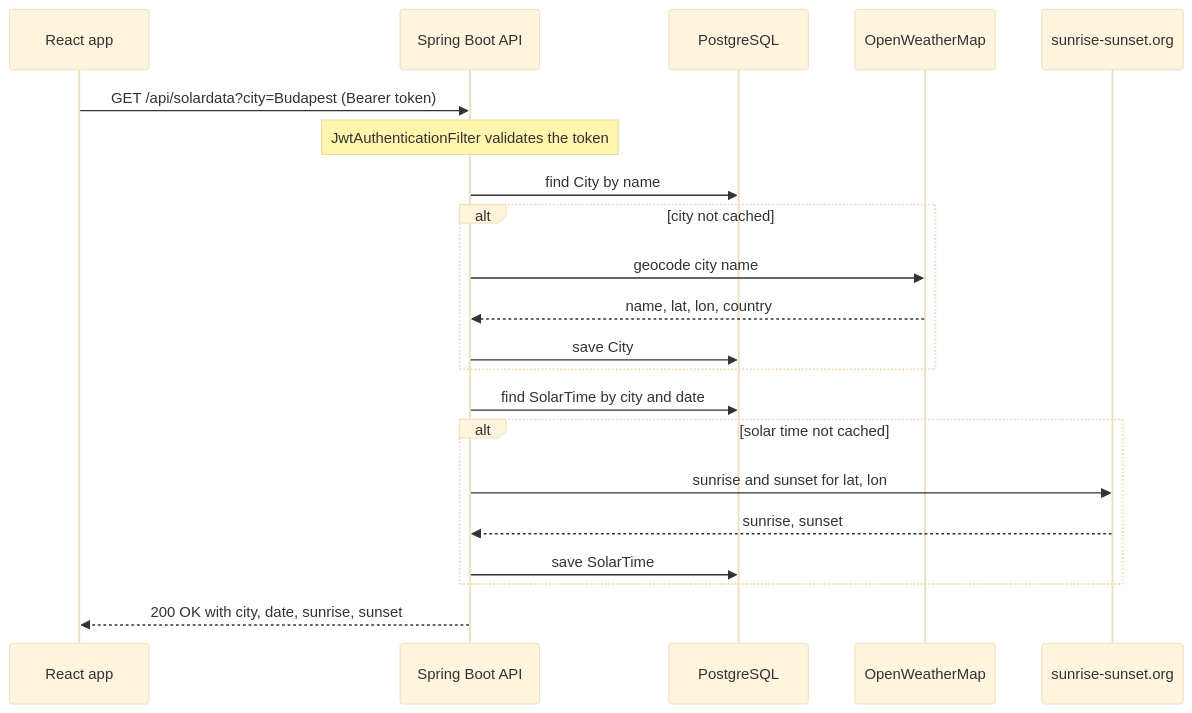
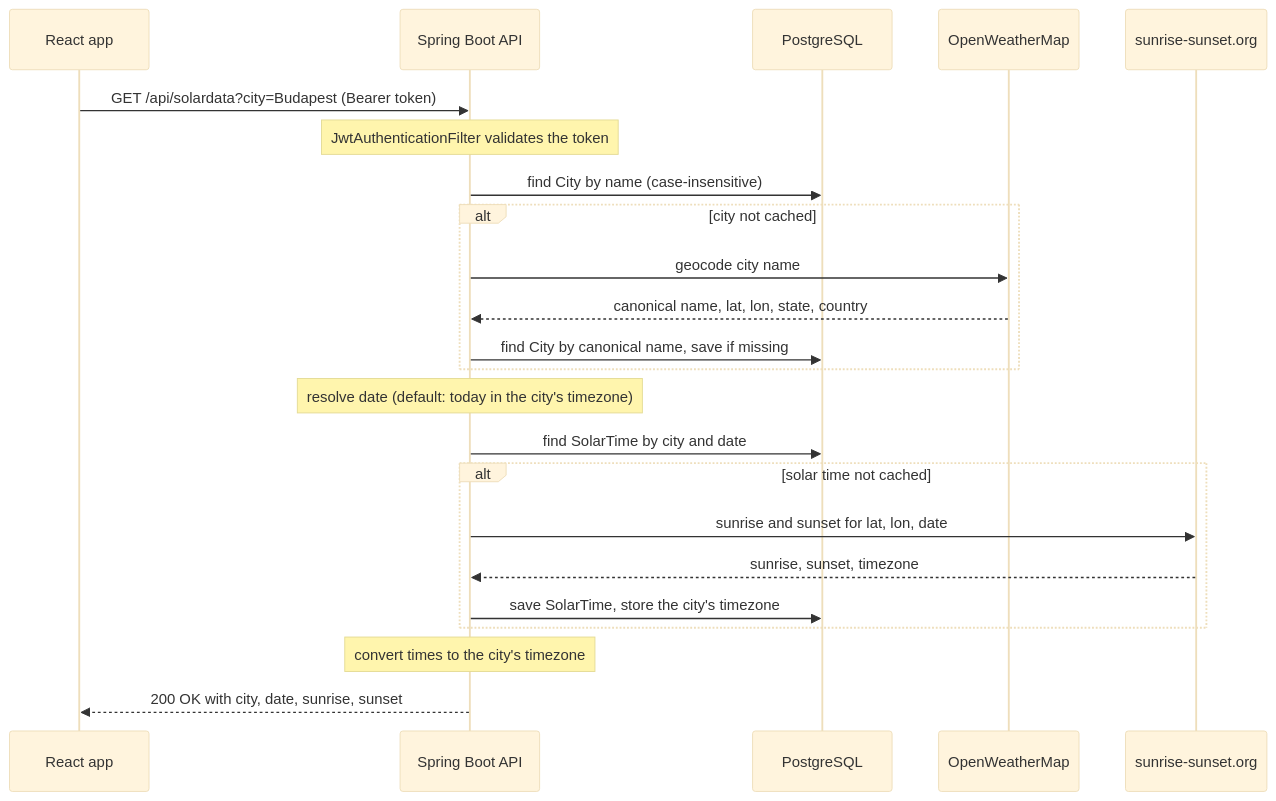
The diagram in README.md (bucystoni/solar-watch), drawn with Mermaid (base theme) before and after one commit. The commit also changed other lines of this file, not shown here.

````diff
--- a/README.md
+++ b/README.md
@@ -41,24 +46,26 @@
 ```mermaid
 sequenceDiagram
     participant UI as React app
     participant API as Spring Boot API
     participant DB as PostgreSQL
     participant Geo as OpenWeatherMap
     participant Sun as sunrise-sunset.org
 
     UI->>API: GET /api/solardata?city=Budapest (Bearer token)
     Note over API: JwtAuthenticationFilter validates the token
-    API->>DB: find City by name
+    API->>DB: find City by name (case-insensitive)
     alt city not cached
         API->>Geo: geocode city name
-        Geo-->>API: name, lat, lon, country
-        API->>DB: save City
+        Geo-->>API: canonical name, lat, lon, state, country
+        API->>DB: find City by canonical name, save if missing
     end
+    Note over API: resolve date (default: today in the city's timezone)
     API->>DB: find SolarTime by city and date
     alt solar time not cached
-        API->>Sun: sunrise and sunset for lat, lon
-        Sun-->>API: sunrise, sunset
-        API->>DB: save SolarTime
+        API->>Sun: sunrise and sunset for lat, lon, date
+        Sun-->>API: sunrise, sunset, timezone
+        API->>DB: save SolarTime, store the city's timezone
     end
+    Note over API: convert times to the city's timezone
     API-->>UI: 200 OK with city, date, sunrise, sunset
 ```
````
